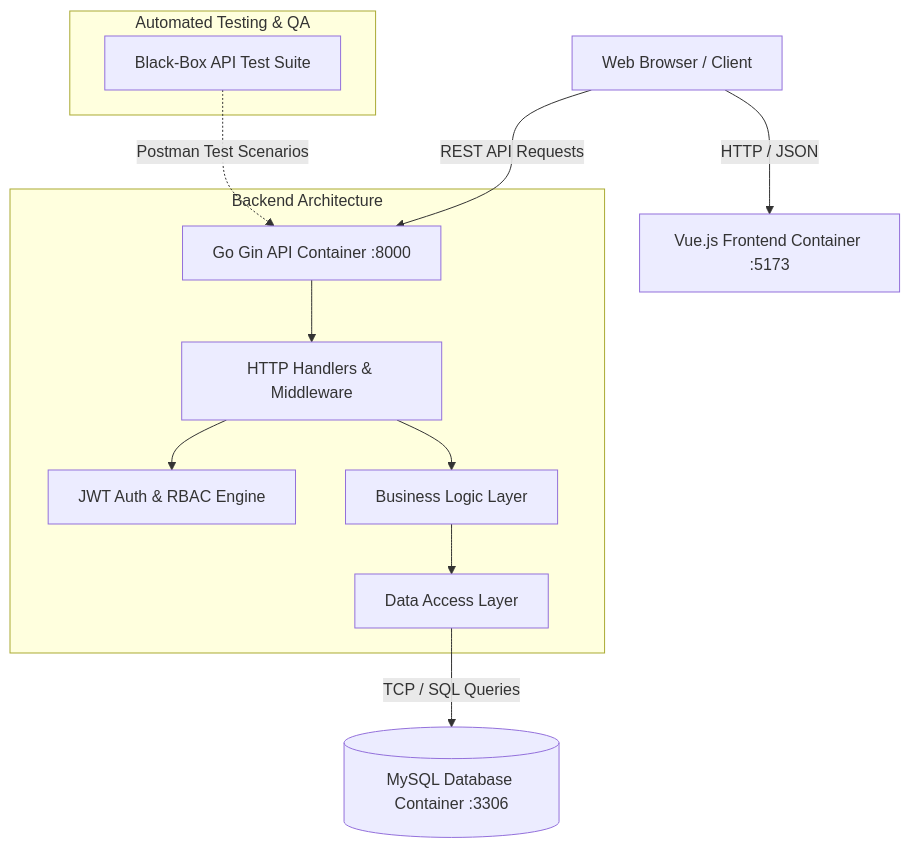
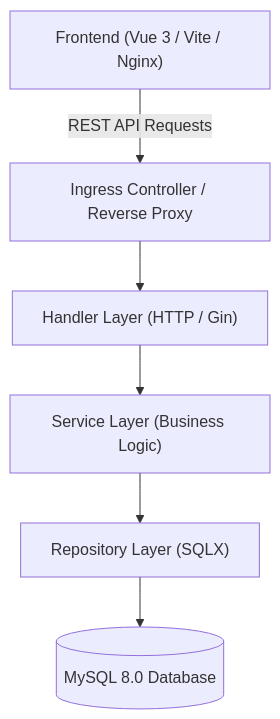
One commit to hel7/E-RequestControl changed the diagram in README.md. Above: the diagram before and after it, drawn with Mermaid. The commit also changed other lines of this file and 1 other file, not shown here.

Commit message:
docs: update README with quickstart guide, architecture overview, and add MIT license

````diff
--- a/README.md
+++ b/README.md
@@ -17,18 +33,15 @@
 ```mermaid
-graph TD
-    Client[Web Browser / Client] -->|HTTP / JSON| UI[Vue.js Frontend Container :5173]
-    Client -->|REST API Requests| API[Go Gin API Container :8000]
-    
-    subgraph Backend Architecture
-        API --> Handlers[HTTP Handlers & Middleware]
-        Handlers --> Auth[JWT Auth & RBAC Engine]
-        Handlers --> Services[Business Logic Layer]
-        Services --> Repositories[Data Access Layer]
-    end
-    
-    Repositories -->|TCP / SQL Queries| DB[(MySQL Database Container :3306)]
-    
-    subgraph Automated Testing & QA
-        QA[Black-Box API Test Suite] -.->|Postman Test Scenarios| API
-    end
+flowchart TD
+    Client["Frontend (Vue 3 / Vite / Nginx)"]
+    Ingress["Ingress Controller / Reverse Proxy"]
+    Handler["Handler Layer (HTTP / Gin)"]
+    Service["Service Layer (Business Logic)"]
+    Repo["Repository Layer (SQLX)"]
+    DB[(MySQL 8.0 Database)]
+
+    Client -->|REST API Requests| Ingress
+    Ingress --> Handler
+    Handler --> Service
+    Service --> Repo
+    Repo --> DB
 ```
````
